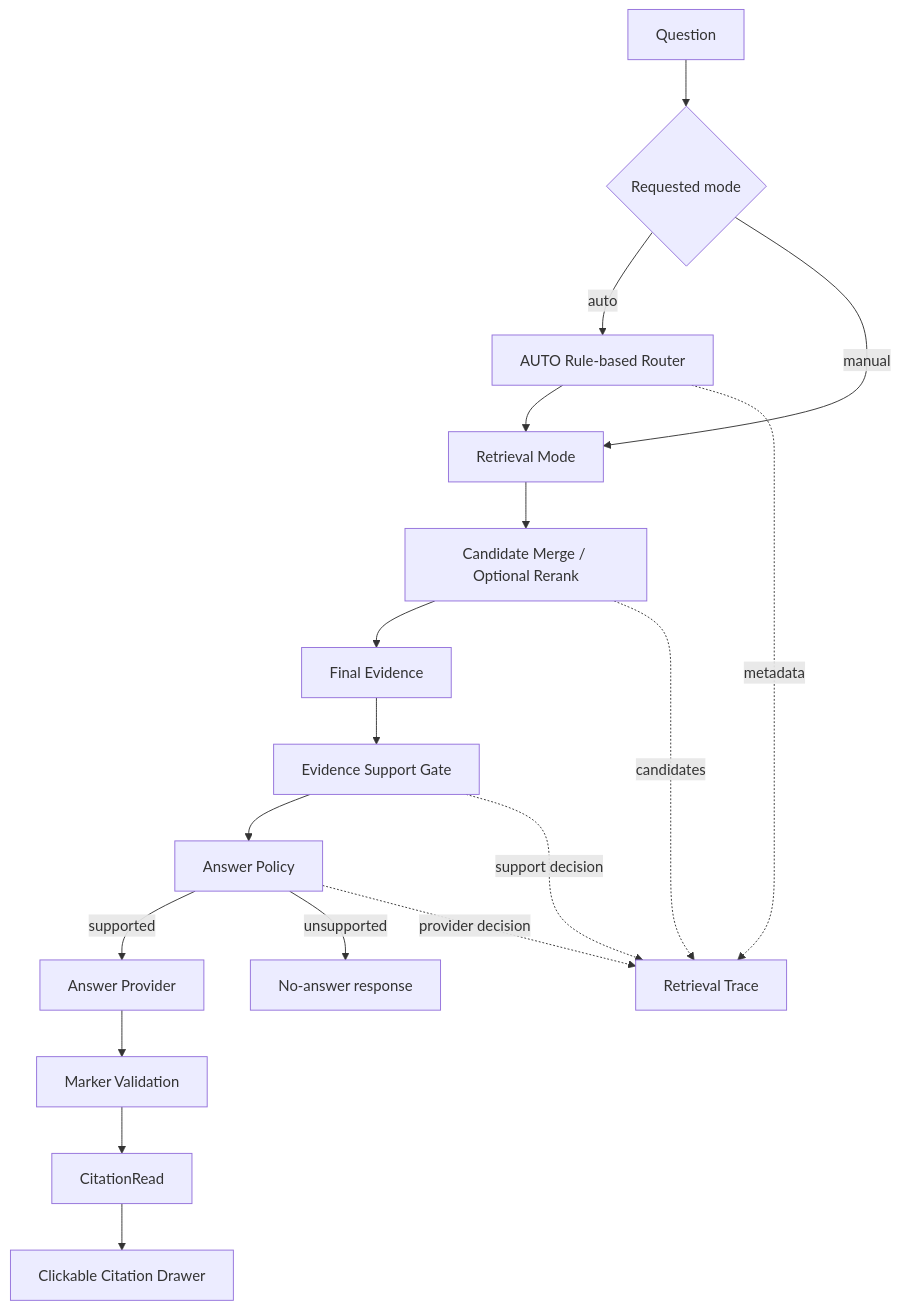
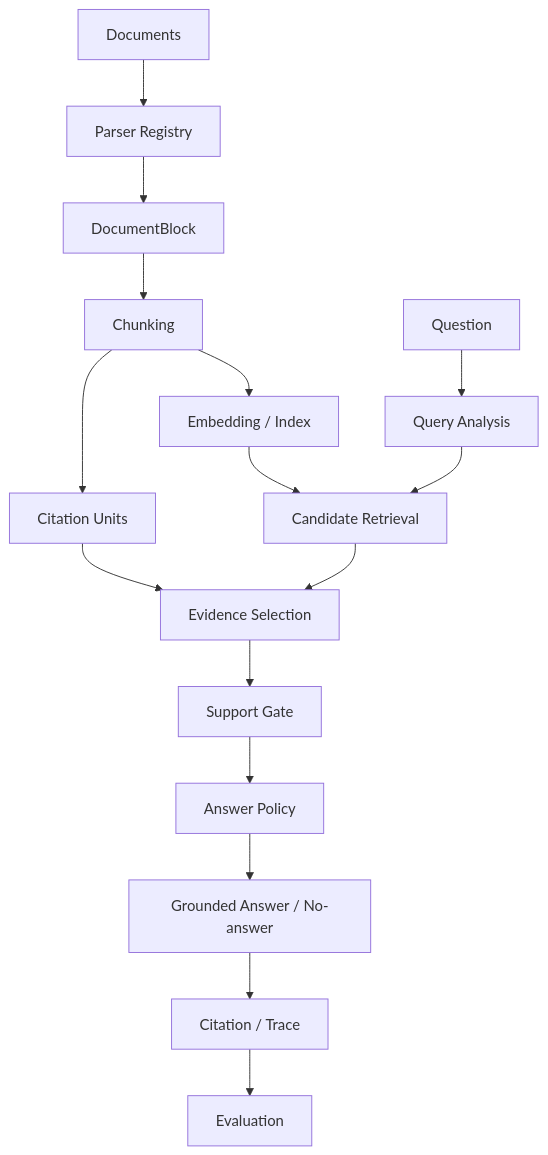
Before and after one commit to pmk915/purelink: the second of 2 diagrams in README.md, drawn with Mermaid. The commit also changed other lines of this file and 16 other files, not shown here.

````diff
--- a/README.md
+++ b/README.md
@@ -169,20 +85,18 @@
 ```mermaid
 flowchart TD
-    Question[Question] --> Requested{Requested mode}
-    Requested -->|auto| Router[AUTO Rule-based Router]
-    Requested -->|manual| Mode[Retrieval Mode]
-    Router --> Mode
-    Mode --> Candidates[Candidate Merge / Optional Rerank]
-    Candidates --> Evidence[Final Evidence]
-    Evidence --> Gate[Evidence Support Gate]
+    Docs[Documents] --> Parser[Parser Registry]
+    Parser --> Blocks[DocumentBlock]
+    Blocks --> Chunks[Chunking]
+    Chunks --> Units[Citation Units]
+    Chunks --> Index[Embedding / Index]
+    Query[Question] --> Analysis[Query Analysis]
+    Analysis --> Retrieve[Candidate Retrieval]
+    Index --> Retrieve
+    Units --> Select[Evidence Selection]
+    Retrieve --> Select
+    Select --> Gate[Support Gate]
     Gate --> Policy[Answer Policy]
-    Policy -->|supported| Provider[Answer Provider]
-    Policy -->|unsupported| Refusal[No-answer response]
-    Provider --> Validation[Marker Validation]
-    Validation --> Citation[CitationRead]
-    Citation --> Drawer[Clickable Citation Drawer]
-    Router -. metadata .-> Trace[Retrieval Trace]
-    Candidates -. candidates .-> Trace
-    Gate -. support decision .-> Trace
-    Policy -. provider decision .-> Trace
+    Policy --> Answer[Grounded Answer / No-answer]
+    Answer --> Trace[Citation / Trace]
+    Trace --> Eval[Evaluation]
 ```
````
